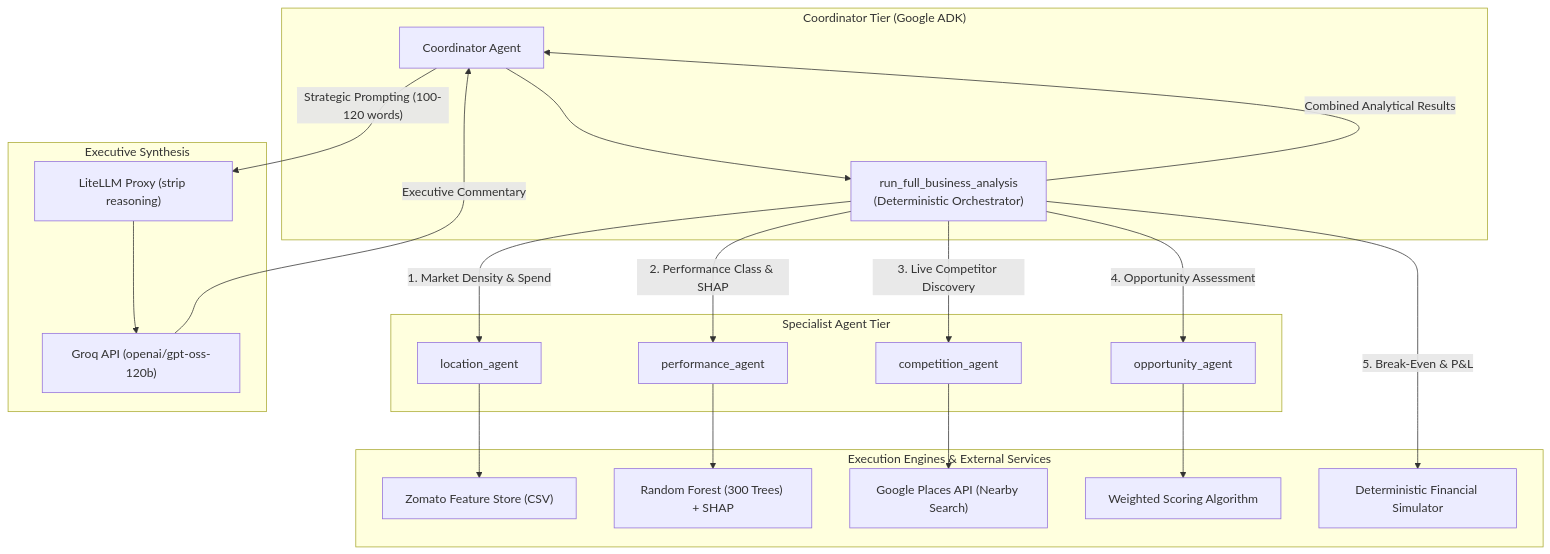
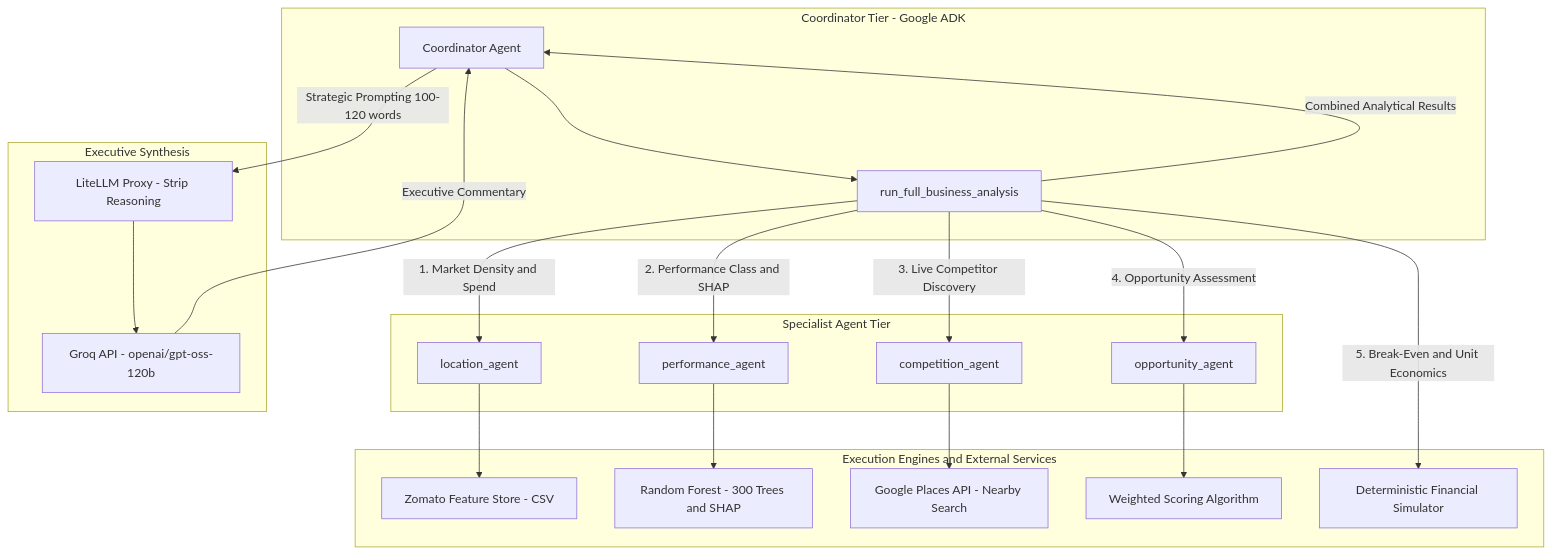
One commit to Tanay-chaturvedi/Business_Analysis_Agent changed the third of 5 diagrams in README.md. Above: the diagram before and after it, drawn with Mermaid. The commit also changed other lines of this file, not shown here.

Commit message:
docs: ensure strict GitHub rendering compatibility for all diagrams and Markdown

````diff
--- a/README.md
+++ b/README.md
@@ -369,44 +369,44 @@
 ```mermaid
 flowchart TD
-    subgraph CoordinatorTier["Coordinator Tier (Google ADK)"]
+    subgraph CoordinatorTier ["Coordinator Tier - Google ADK"]
         CoordAgent["Coordinator Agent"]
-        CompositeTool["run_full_business_analysis<br/>(Deterministic Orchestrator)"]
+        CompositeTool["run_full_business_analysis"]
     end
 
-    subgraph SpecialistTier["Specialist Agent Tier"]
+    subgraph SpecialistTier ["Specialist Agent Tier"]
         LocAgent["location_agent"]
         PerfAgent["performance_agent"]
         CompAgent["competition_agent"]
         OppAgent["opportunity_agent"]
     end
 
-    subgraph EngineTier["Execution Engines & External Services"]
-        LocData["Zomato Feature Store (CSV)"]
-        RFModel["Random Forest (300 Trees) + SHAP"]
-        PlacesAPI["Google Places API (Nearby Search)"]
+    subgraph EngineTier ["Execution Engines and External Services"]
+        LocData["Zomato Feature Store - CSV"]
+        RFModel["Random Forest - 300 Trees and SHAP"]
+        PlacesAPI["Google Places API - Nearby Search"]
         OppLogic["Weighted Scoring Algorithm"]
         FinSim["Deterministic Financial Simulator"]
     end
 
-    subgraph SynthesisTier["Executive Synthesis"]
-        LiteLLM["LiteLLM Proxy (strip reasoning)"]
-        GroqLPU["Groq API (openai/gpt-oss-120b)"]
+    subgraph SynthesisTier ["Executive Synthesis"]
+        LiteLLM["LiteLLM Proxy - Strip Reasoning"]
+        GroqLPU["Groq API - openai/gpt-oss-120b"]
     end
 
     CoordAgent --> CompositeTool
-    CompositeTool -->|"1. Market Density & Spend"| LocAgent
-    CompositeTool -->|"2. Performance Class & SHAP"| PerfAgent
-    CompositeTool -->|"3. Live Competitor Discovery"| CompAgent
-    CompositeTool -->|"4. Opportunity Assessment"| OppAgent
-    CompositeTool -->|"5. Break-Even & P&L"| FinSim
+    CompositeTool -->|1. Market Density and Spend| LocAgent
+    CompositeTool -->|2. Performance Class and SHAP| PerfAgent
+    CompositeTool -->|3. Live Competitor Discovery| CompAgent
+    CompositeTool -->|4. Opportunity Assessment| OppAgent
+    CompositeTool -->|5. Break-Even and Unit Economics| FinSim
 
     LocAgent --> LocData
     PerfAgent --> RFModel
     CompAgent --> PlacesAPI
     OppAgent --> OppLogic
 
-    CompositeTool -->|"Combined Analytical Results"| CoordAgent
-    CoordAgent -->|"Strategic Prompting (100-120 words)"| LiteLLM
+    CompositeTool -->|Combined Analytical Results| CoordAgent
+    CoordAgent -->|Strategic Prompting 100-120 words| LiteLLM
     LiteLLM --> GroqLPU
-    GroqLPU -->|"Executive Commentary"| CoordAgent
+    GroqLPU -->|Executive Commentary| CoordAgent
 ```
````
